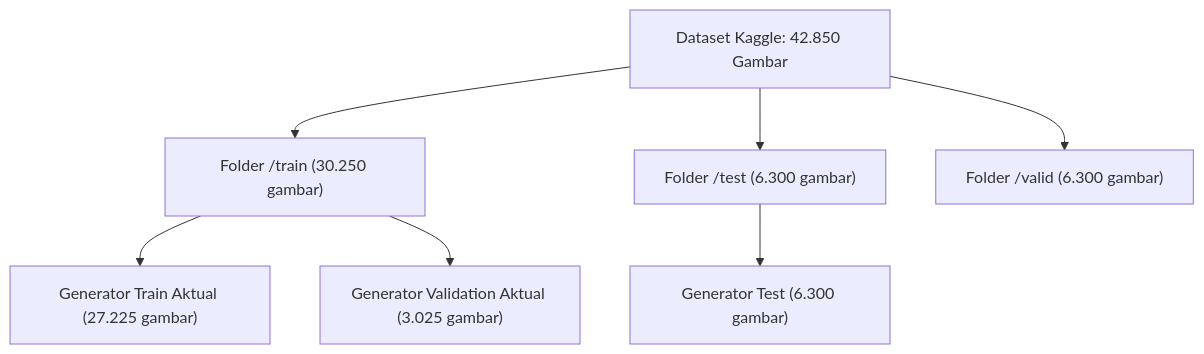
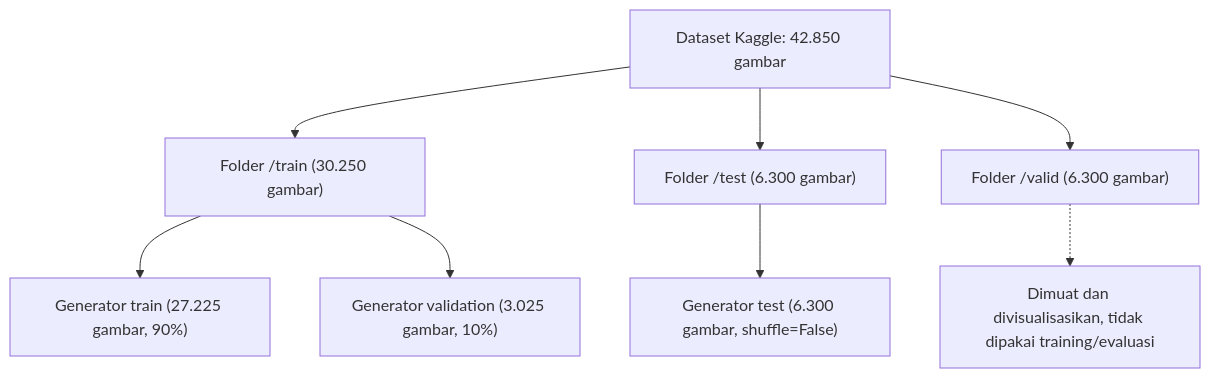
One commit to hissyam90/kalimantan-wildfire-hotspot-detection changed the first of 4 diagrams in docs/MODEL_TRAINING.md. Above: the diagram before and after it, drawn with Mermaid. The commit also changed other lines of this file and 3 other files, not shown here.

````diff
--- a/docs/MODEL_TRAINING.md
+++ b/docs/MODEL_TRAINING.md
@@ -48,11 +58,12 @@
 ```mermaid
 graph TD
-    Kaggle["Dataset Kaggle: 42.850 Gambar"] --> TrainDir["Folder /train (30.250 gambar)"]
+    Kaggle["Dataset Kaggle: 42.850 gambar"] --> TrainDir["Folder /train (30.250 gambar)"]
     Kaggle --> TestDir["Folder /test (6.300 gambar)"]
     Kaggle --> ValidDir["Folder /valid (6.300 gambar)"]
 
-    TrainDir --> TrainSplit["Generator Train Aktual (27.225 gambar)"]
-    TrainDir --> ValidSplit["Generator Validation Aktual (3.025 gambar)"]
-    
-    TestDir --> TestSplit["Generator Test (6.300 gambar)"]
+    TrainDir --> TrainSplit["Generator train (27.225 gambar, 90%)"]
+    TrainDir --> ValidSplit["Generator validation (3.025 gambar, 10%)"]
+
+    TestDir --> TestSplit["Generator test (6.300 gambar, shuffle=False)"]
+    ValidDir -.-> Unused["Dimuat dan divisualisasikan, tidak dipakai training/evaluasi"]
 ```
````
